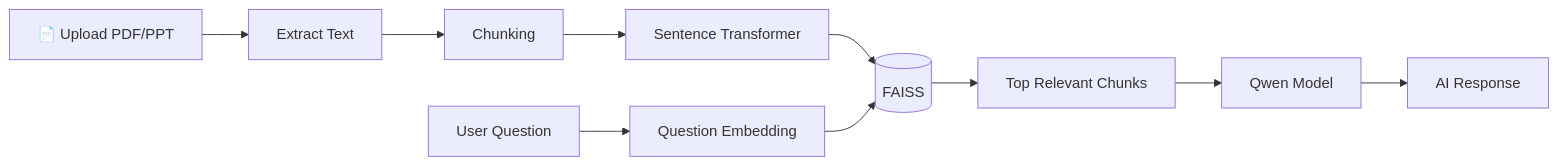
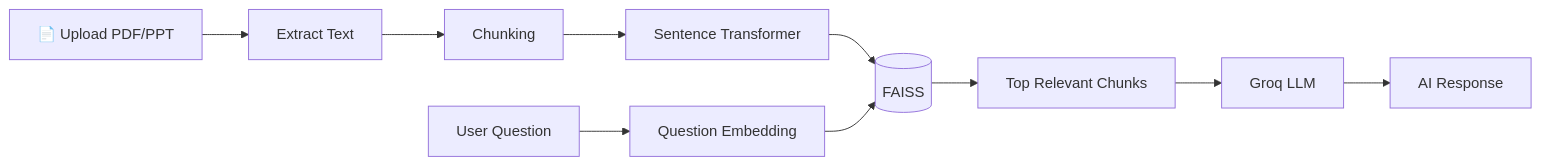
The third of 6 diagrams in README.md (thulasiramk-2310/studyflow-ai), drawn with Mermaid before and after one commit. The commit also changed other lines of this file, not shown here.

First line of the commit message:
docs: update README for Groq, CloudFront deployment, and setup

````diff
--- a/README.md
+++ b/README.md
@@ -70,12 +70,12 @@
 ```mermaid
 flowchart LR
     PDF[📄 Upload PDF/PPT] --> Extract[Extract Text]
     Extract --> Chunk[Chunking]
     Chunk --> Embed[Sentence Transformer]
     Embed --> FAISS[(FAISS)]
     User[User Question] --> QueryEmbedding[Question Embedding]
     QueryEmbedding --> FAISS
     FAISS --> Context[Top Relevant Chunks]
-    Context --> Qwen[Qwen Model]
-    Qwen --> Answer[AI Response]
+    Context --> Groq[Groq LLM]
+    Groq --> Answer[AI Response]
 ```
````
